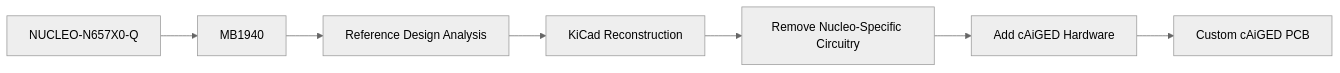
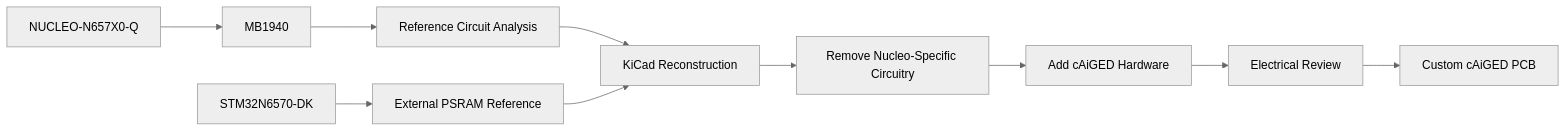
One commit to danielftsilva/cAiGED changed the fifth of 18 diagrams in README.md. Above: the diagram before and after it, drawn with Mermaid (neutral theme). The commit also changed other lines of this file, not shown here.

````diff
--- a/README.md
+++ b/README.md
@@ -229,9 +364,15 @@
 ```mermaid
 flowchart LR
     N["NUCLEO-N657X0-Q"] --> M["MB1940"]
-    M --> A["Reference Design Analysis"]
+    M --> A["Reference Circuit Analysis"]
+
     A --> K["KiCad Reconstruction"]
     K --> R["Remove Nucleo-Specific Circuitry"]
+
+    D["STM32N6570-DK"] --> P["External PSRAM Reference"]
+    P --> K
+
     R --> C["Add cAiGED Hardware"]
-    C --> P["Custom cAiGED PCB"]
+    C --> E["Electrical Review"]
+    E --> PCB["Custom cAiGED PCB"]
 ```
````
